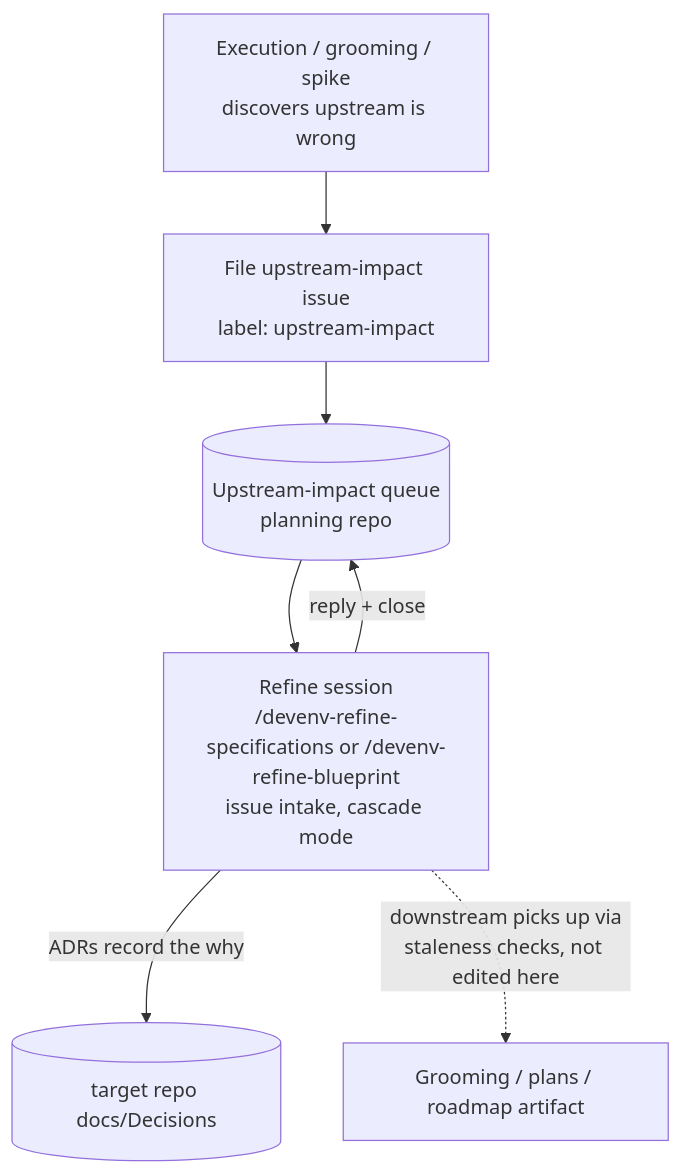
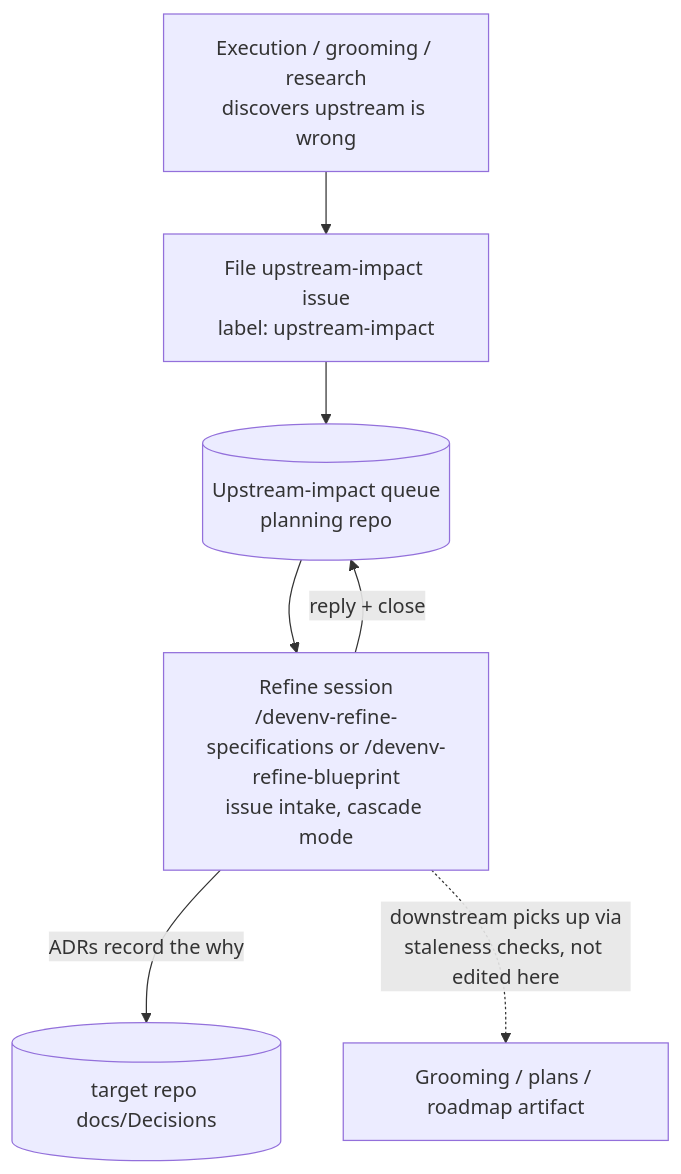
The third of 8 diagrams in docs/Workflow.md (workinprogress-ai/devenv), drawn with Mermaid before and after one commit. The commit also changed other lines of this file and 268 other files, not shown here.

````diff
--- a/docs/Workflow.md
+++ b/docs/Workflow.md
@@ -531,9 +531,9 @@
 ```mermaid
 flowchart TD
-    EX[Execution / grooming / spike<br/>discovers upstream is wrong] --> FILE[File upstream-impact issue<br/>label: upstream-impact]
+    EX[Execution / grooming / research<br/>discovers upstream is wrong] --> FILE[File upstream-impact issue<br/>label: upstream-impact]
     FILE --> QUEUE[(Upstream-impact queue<br/>planning repo)]
     QUEUE --> REF["Refine session<br/>/devenv-refine-specifications or /devenv-refine-blueprint<br/>issue intake, cascade mode"]
     REF -->|reply + close| QUEUE
     REF -->|ADRs record the why| ADR[(target repo docs/Decisions)]
     REF -.->|"downstream picks up via<br/>staleness checks, not edited here"| DOWN[Grooming / plans / roadmap artifact]
 ```
````
